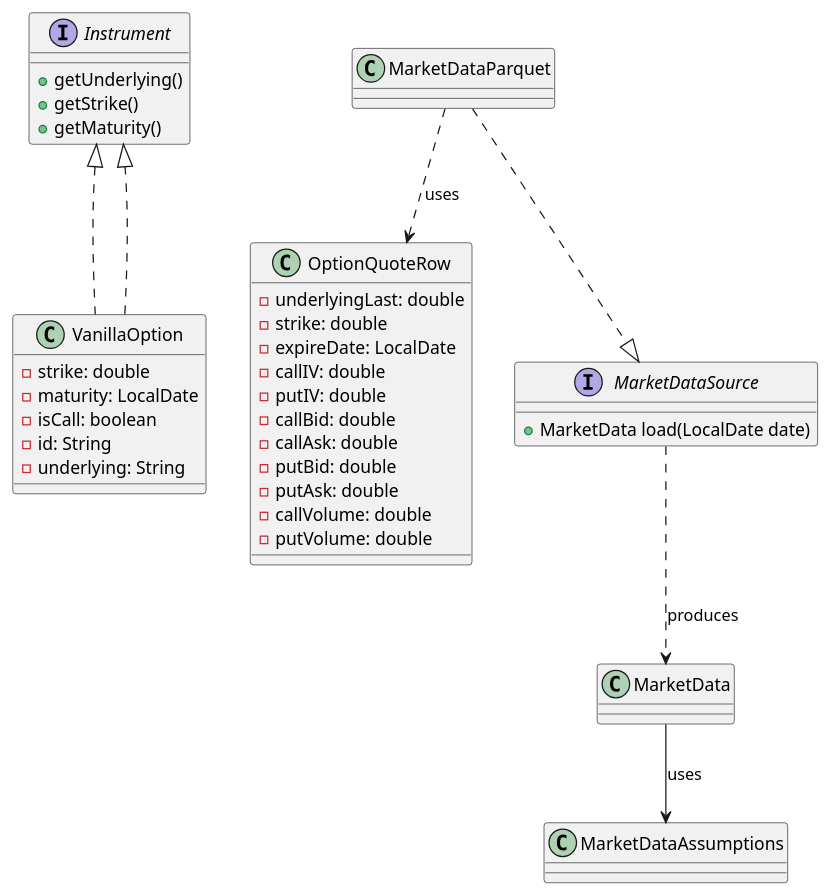
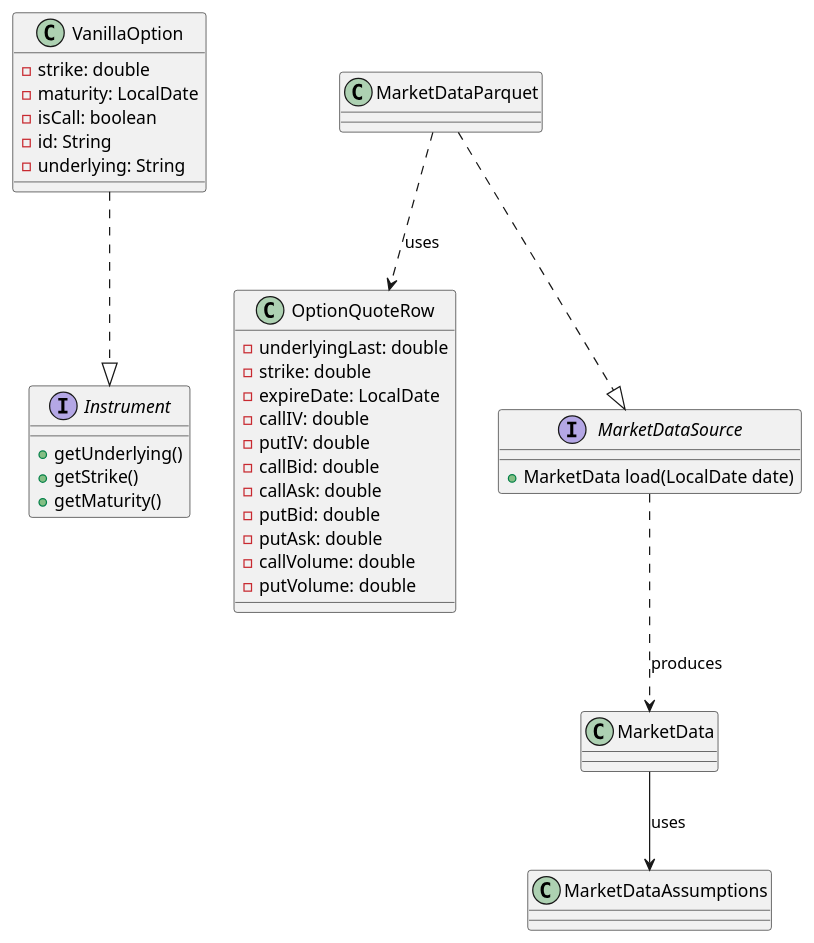
One commit to RayaneTroudi/EQD_FLOW_JAVA changed the diagram in backend/docs/archi.puml. Above: the diagram before and after it, drawn with PlantUML. The commit also changed 2 other files, not shown here.

```diff
--- a/backend/docs/archi.puml
+++ b/backend/docs/archi.puml
@@ -1,48 +1,48 @@
 @startuml ARCHI
 interface Instrument {
   +getUnderlying()
   +getStrike()
   +getMaturity()
 }
 
-class VanillaOption implements Instrument {
+class VanillaOption {
   -strike: double
   -maturity: LocalDate
   -isCall: boolean
   -id: String
   -underlying: String
 }
 
 class OptionQuoteRow {
   -underlyingLast: double
   -strike: double
   -expireDate: LocalDate
   -callIV: double
   -putIV: double
   -callBid: double
   -callAsk: double
   -putBid: double
   -putAsk: double
   -callVolume: double
   -putVolume: double
 }
 
 class MarketData {
 }
 
 interface MarketDataSource {
     +MarketData load(LocalDate date)
 }
 
 class MarketDataParquet {
 }
 
 class MarketDataAssumptions {
 }
 
 MarketDataParquet ..> OptionQuoteRow : uses
 VanillaOption ..|> Instrument
 MarketDataSource ..> MarketData : produces
 MarketData --> MarketDataAssumptions : uses
 MarketDataParquet ..|>  MarketDataSource 
 @enduml
```
